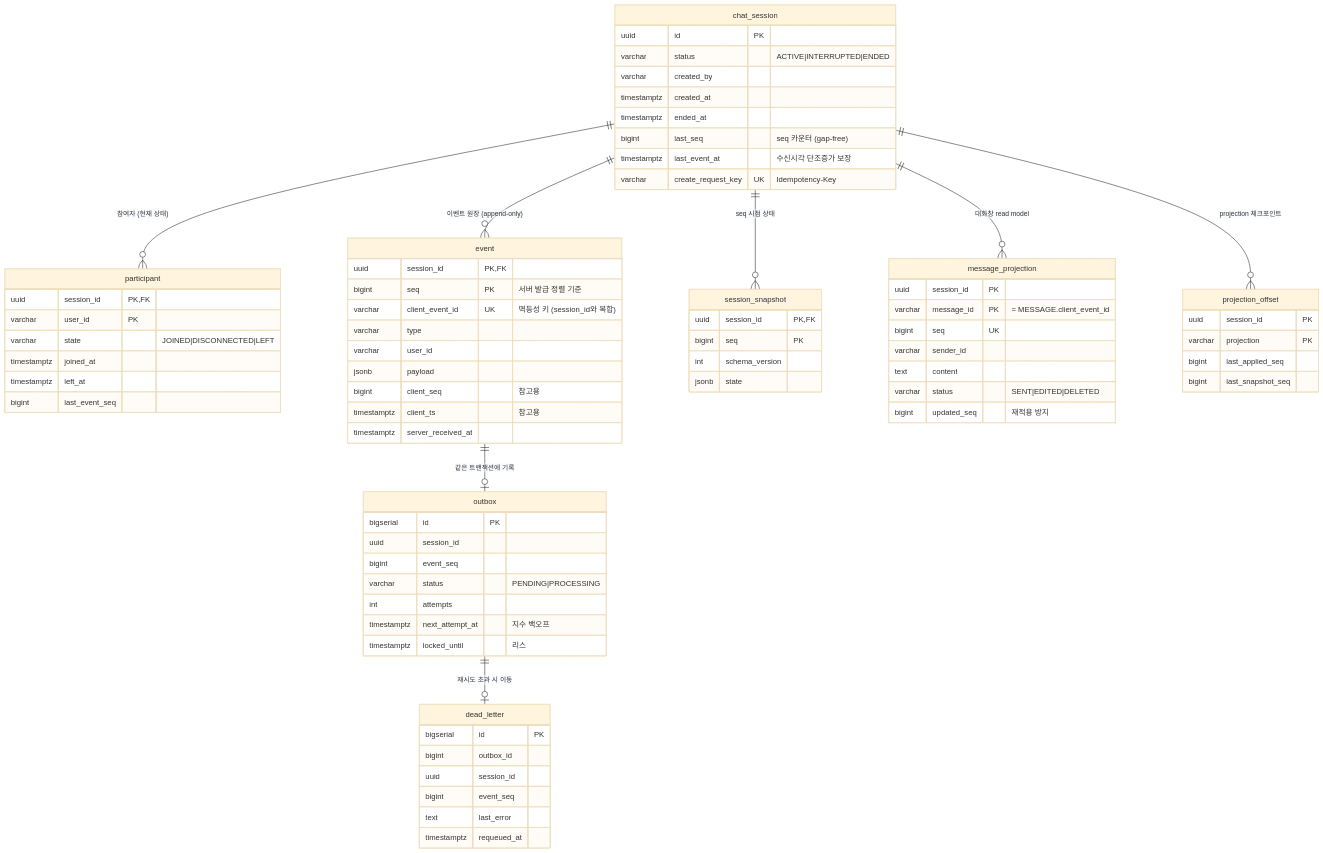
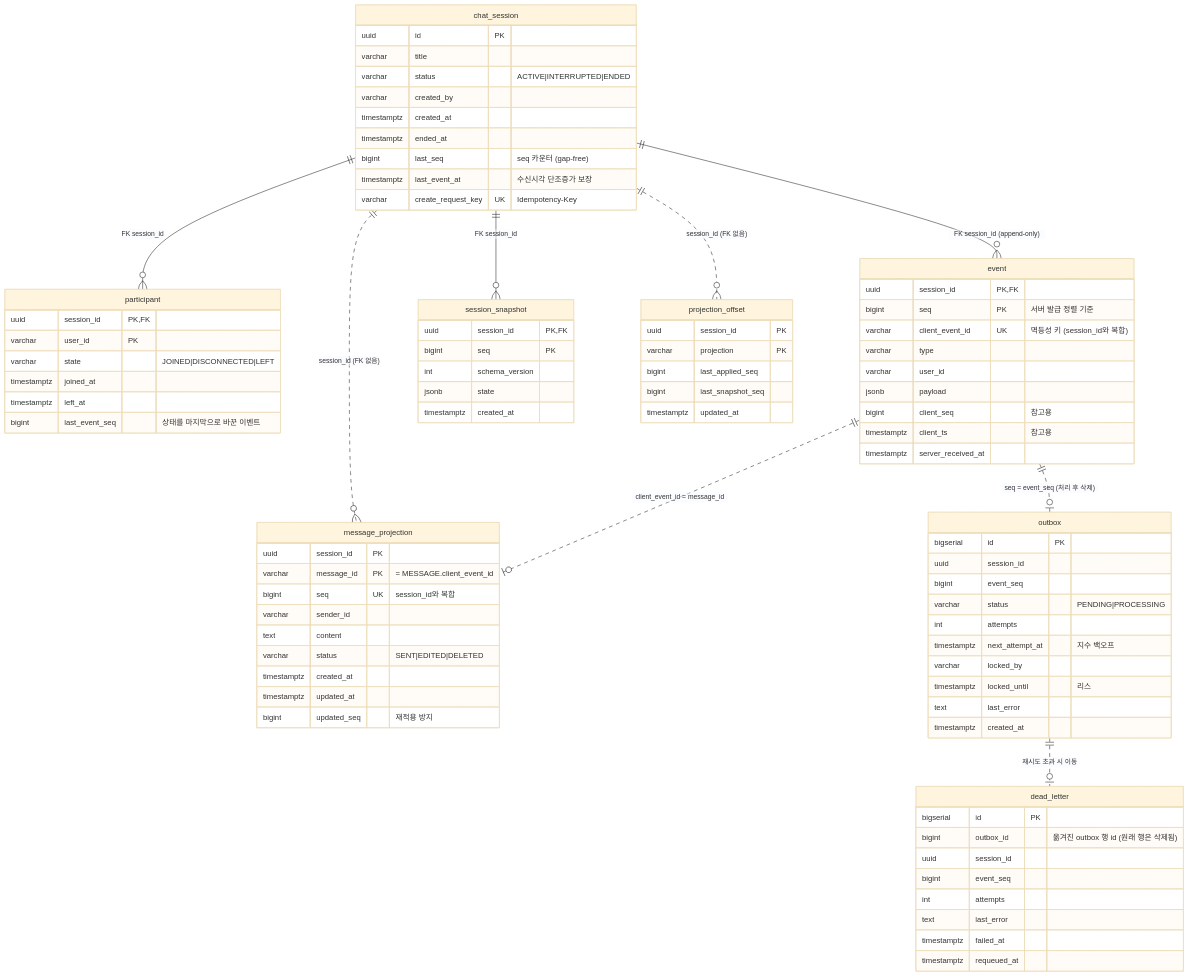
One commit to ackdongClub97/realtime-chat changed the diagram in docs/db-design.md. Above: the diagram before and after it, drawn with Mermaid (base theme). The commit also changed other lines of this file and 5 other files, not shown here.

````diff
--- a/docs/db-design.md
+++ b/docs/db-design.md
@@ -21,15 +23,17 @@
 ```mermaid
 erDiagram
-    chat_session ||--o{ participant : "참여자 (현재 상태)"
-    chat_session ||--o{ event : "이벤트 원장 (append-only)"
-    chat_session ||--o{ session_snapshot : "seq 시점 상태"
-    chat_session ||--o{ message_projection : "대화창 read model"
-    chat_session ||--o{ projection_offset : "projection 체크포인트"
-    event ||--o| outbox : "같은 트랜잭션에 기록"
-    outbox ||--o| dead_letter : "재시도 초과 시 이동"
+    chat_session ||--o{ participant : "FK session_id"
+    chat_session ||--o{ event : "FK session_id (append-only)"
+    chat_session ||--o{ session_snapshot : "FK session_id"
+    chat_session ||..o{ message_projection : "session_id (FK 없음)"
+    chat_session ||..o{ projection_offset : "session_id (FK 없음)"
+    event ||..o| message_projection : "client_event_id = message_id"
+    event ||..o| outbox : "seq = event_seq (처리 후 삭제)"
+    outbox ||..o| dead_letter : "재시도 초과 시 이동"
 
     chat_session {
         uuid id PK
+        varchar title
         varchar status "ACTIVE|INTERRUPTED|ENDED"
         varchar created_by
         timestamptz created_at
@@ -44,7 +48,7 @@
         varchar state "JOINED|DISCONNECTED|LEFT"
         timestamptz joined_at
         timestamptz left_at
-        bigint last_event_seq
+        bigint last_event_seq "상태를 마지막으로 바꾼 이벤트"
     }
     event {
         uuid session_id PK,FK
@@ -62,14 +66,17 @@
         bigint seq PK
         int schema_version
         jsonb state
+        timestamptz created_at
     }
     message_projection {
         uuid session_id PK
         varchar message_id PK "= MESSAGE.client_event_id"
-        bigint seq UK
+        bigint seq UK "session_id와 복합"
         varchar sender_id
         text content
         varchar status "SENT|EDITED|DELETED"
+        timestamptz created_at
+        timestamptz updated_at
         bigint updated_seq "재적용 방지"
     }
     projection_offset {
@@ -77,6 +84,7 @@
         varchar projection PK
         bigint last_applied_seq
         bigint last_snapshot_seq
+        timestamptz updated_at
     }
     outbox {
         bigserial id PK
@@ -85,14 +93,19 @@
         varchar status "PENDING|PROCESSING"
         int attempts
         timestamptz next_attempt_at "지수 백오프"
+        varchar locked_by
         timestamptz locked_until "리스"
+        text last_error
+        timestamptz created_at
     }
     dead_letter {
         bigserial id PK
-        bigint outbox_id
+        bigint outbox_id "옮겨진 outbox 행 id (원래 행은 삭제됨)"
         uuid session_id
         bigint event_seq
+        int attempts
         text last_error
+        timestamptz failed_at
         timestamptz requeued_at
     }
 ```
````
